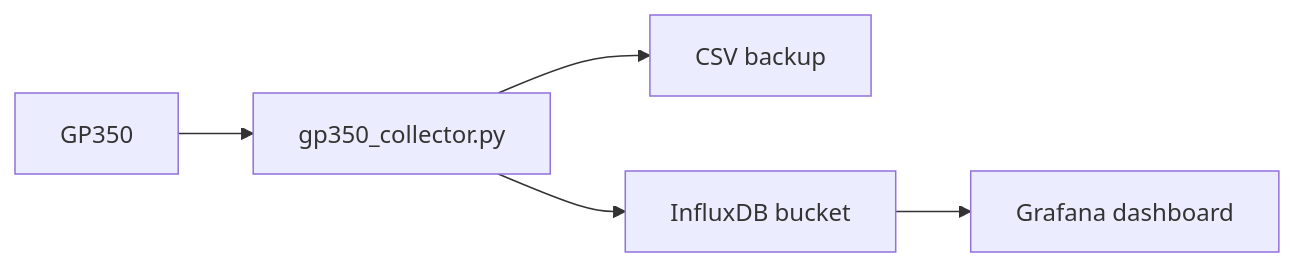
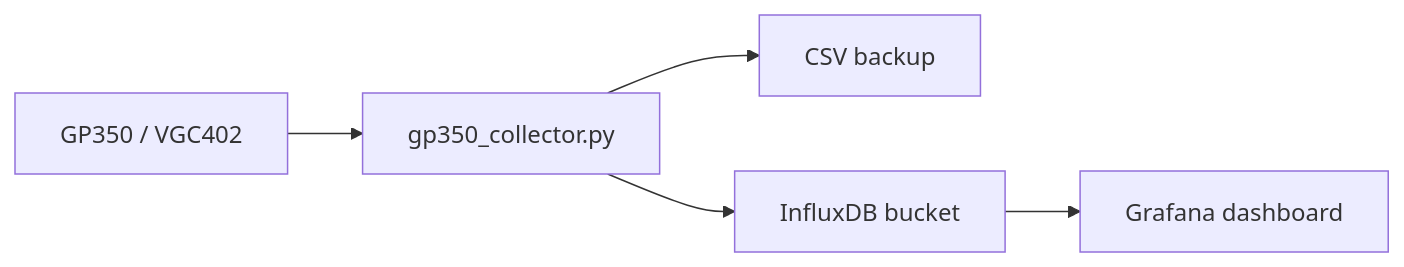
One commit to alphatra/vacuum-instrument-monitor changed the diagram in docs/influxdb_grafana.md. Above: the diagram before and after it, drawn with Mermaid. The commit also changed other lines of this file and 45 other files, not shown here.

````diff
--- a/docs/influxdb_grafana.md
+++ b/docs/influxdb_grafana.md
@@ -6,7 +6,7 @@
 ```mermaid
 flowchart LR
-    GP350["GP350"] --> Collector["gp350_collector.py"]
+    Device["GP350 / VGC402"] --> Collector["gp350_collector.py"]
     Collector --> CSV["CSV backup"]
     Collector --> Influx["InfluxDB bucket"]
     Influx --> Grafana["Grafana dashboard"]
 ```
````
